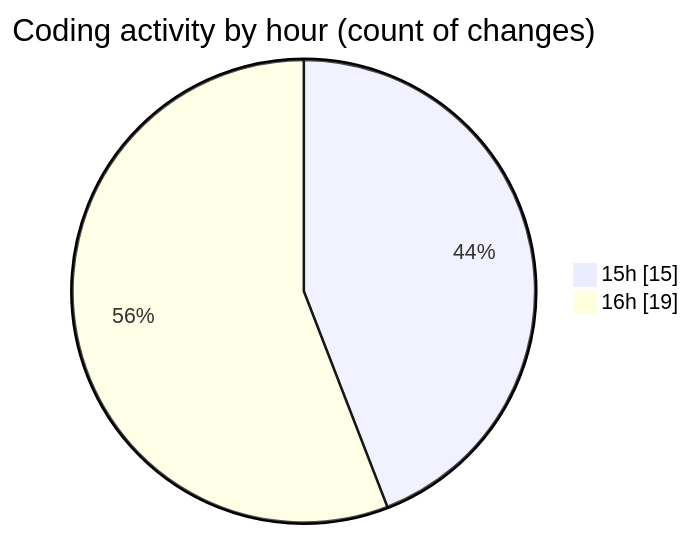
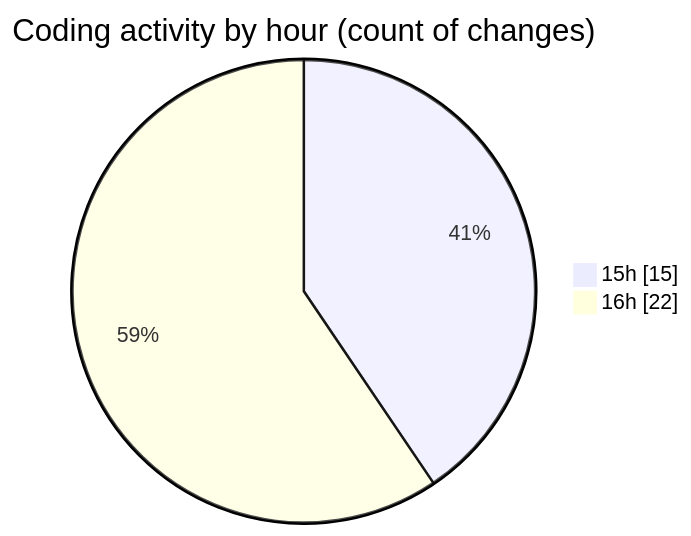
The second of 2 diagrams in 2025-02-25/trackers_app/README.md (donsfak/code-tracking), drawn with Mermaid before and after one commit. The commit also changed other lines of this file and 1 other file, not shown here.

````diff
--- a/2025-02-25/trackers_app/README.md
+++ b/2025-02-25/trackers_app/README.md
@@ -31,6 +32,6 @@
 ```mermaid
 pie showData
 title Coding activity by hour (count of changes)
 "15h" : 15
-"16h" : 19
+"16h" : 22
 ```
````
